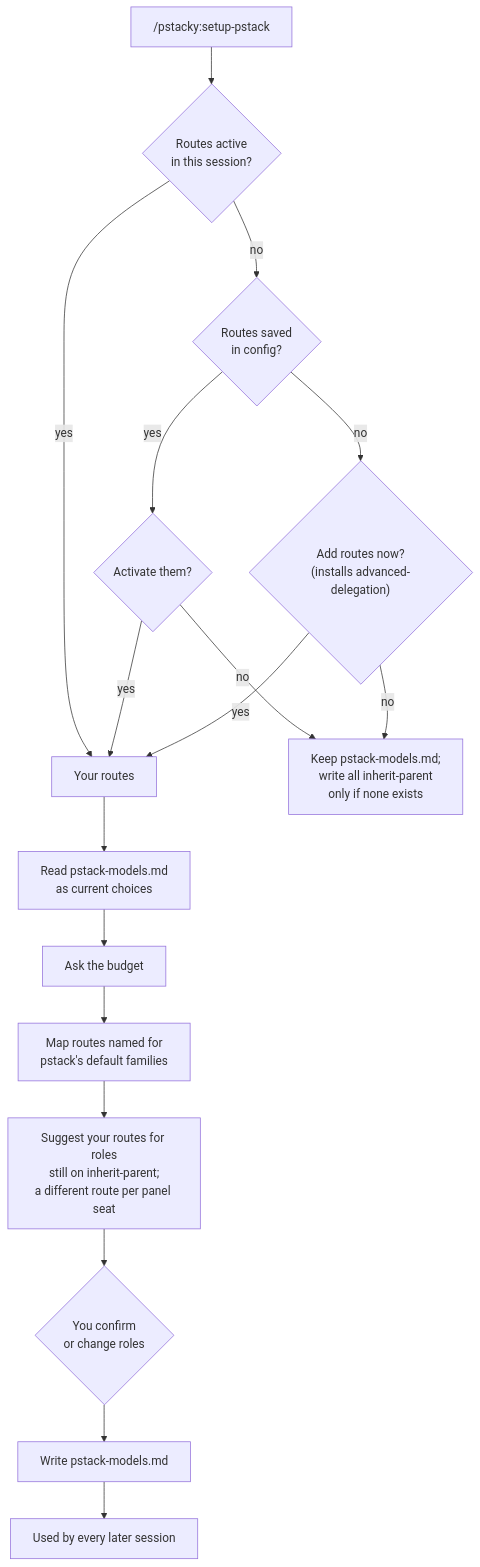
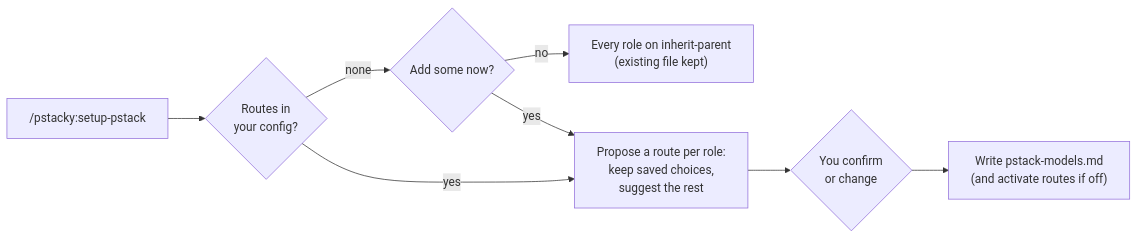
The first of 2 diagrams in README.md (Trisert/pstacky), drawn with Mermaid before and after one commit. The commit also changed other lines of this file and 1 other file, not shown here.

Commit message:
feat(setup-pstack): simplify to six steps
Read routes from config only (no active/saved split); ask the budget only when
a family has routes at several efforts; one proposal per role (saved choice,
default family, suggestion); one confirmation that also activates model_map;
write. README diagram follows the new flow.

````diff
--- a/README.md
+++ b/README.md
@@ -117,19 +117,10 @@
 ```mermaid
-flowchart TD
-    A["/pstacky:setup-pstack"] --> B{"Routes active<br/>in this session?"}
-    B -- yes --> R["Your routes"]
-    B -- no --> I{"Routes saved<br/>in config?"}
-    I -- yes --> J{"Activate them?"}
-    I -- no --> K{"Add routes now?<br/>(installs advanced-delegation)"}
-    J -- yes --> R
-    K -- yes --> R
-    J -- no --> O["Keep pstack-models.md;<br/>write all inherit-parent<br/>only if none exists"]
-    K -- no --> O
-    R --> C["Read pstack-models.md<br/>as current choices"]
-    C --> D["Ask the budget"]
-    D --> E["Map routes named for<br/>pstack's default families"]
-    E --> F["Suggest your routes for roles<br/>still on inherit-parent;<br/>a different route per panel seat"]
-    F --> G{"You confirm<br/>or change roles"}
-    G --> H["Write pstack-models.md"]
-    H --> Z["Used by every later session"]
+flowchart LR
+    A["/pstacky:setup-pstack"] --> R{"Routes in<br/>your config?"}
+    R -- none --> K{"Add some now?"}
+    K -- no --> O["Every role on inherit-parent<br/>(existing file kept)"]
+    K -- yes --> P
+    R -- yes --> P["Propose a route per role:<br/>keep saved choices,<br/>suggest the rest"]
+    P --> G{"You confirm<br/>or change"}
+    G --> H["Write pstack-models.md<br/>(and activate routes if off)"]
 ```
````
